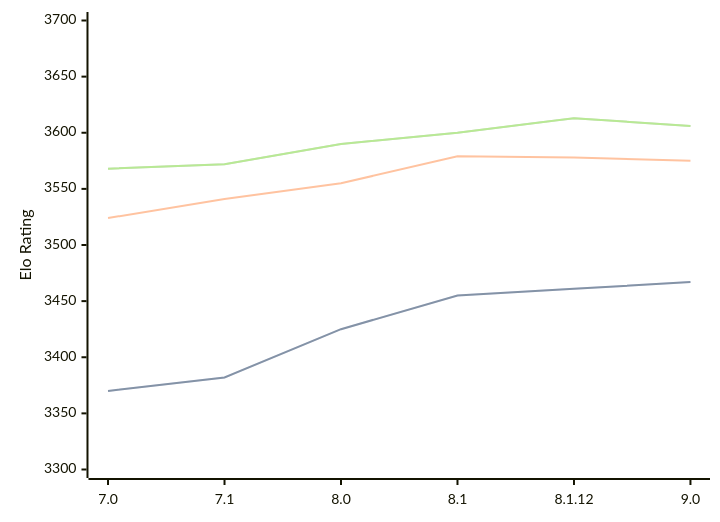
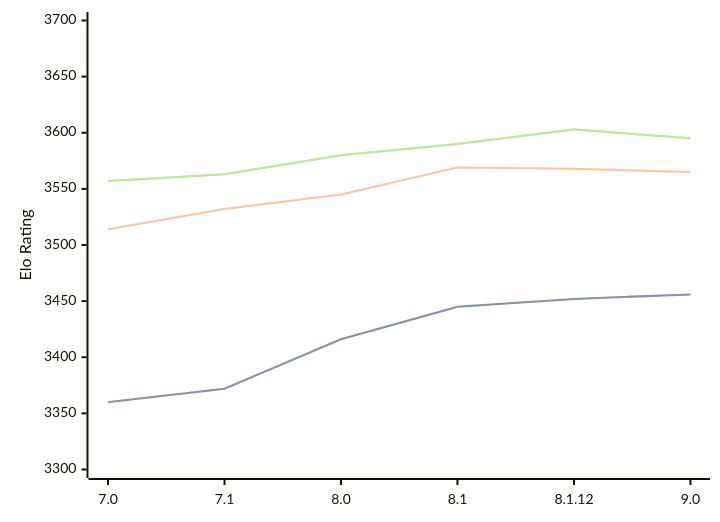
The diagram in engines/Alexandria.md (computer-chess-index/cci), drawn with Mermaid before and after one commit. The commit also changed other lines of this file, not shown here.

Commit message:
Update CCI Ratings (ELO VLTC) - 2026-03-19

````diff
--- a/engines/Alexandria.md
+++ b/engines/Alexandria.md
@@ -53,11 +53,11 @@
 ```mermaid
 %%{init: {"theme":"base","themeVariables":{"seriesColors:['#a3a3a3','#222221','#faa371']}}}%%
 xychart-beta
   x-axis ["7.0", "7.1", "8.0", "8.1", "8.1.12", "9.0"]
   y-axis "Elo Rating" 3300 --> 3700
-  line "STC (8.0+0.08s)" [3370, 3382, 3425, 3455, 3461, 3467]
-  line "STC (8.0+0.08s)" [3370, 3382, 3425, 3455, 3461, 3467]
-  line "LTC (60.0+0.60s)" [3524, 3541, 3555, 3579, 3578, 3575]
-  line "VLTC (2m24s+1.12s)" [3568, 3572, 3590, 3600, 3613, 3606]
-  line "VLTC (2m24s+1.12s)" [3568, 3572, 3590, 3600, 3613, 3606]
+  line "STC (8.0+0.08s)" [3360, 3372, 3416, 3445, 3452, 3456]
+  line "STC (8.0+0.08s)" [3360, 3372, 3416, 3445, 3452, 3456]
+  line "LTC (60.0+0.60s)" [3514, 3532, 3545, 3569, 3568, 3565]
+  line "VLTC (2m24s+1.12s)" [3557, 3563, 3580, 3590, 3603, 3595]
+  line "VLTC (2m24s+1.12s)" [3557, 3563, 3580, 3590, 3603, 3595]
 ```
````
